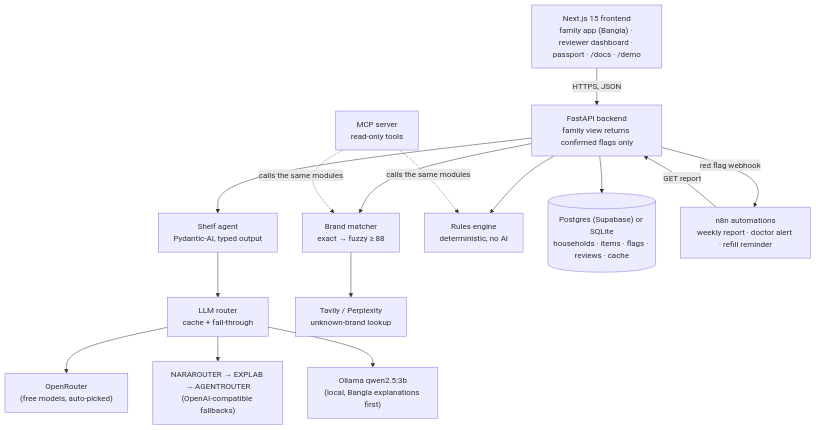
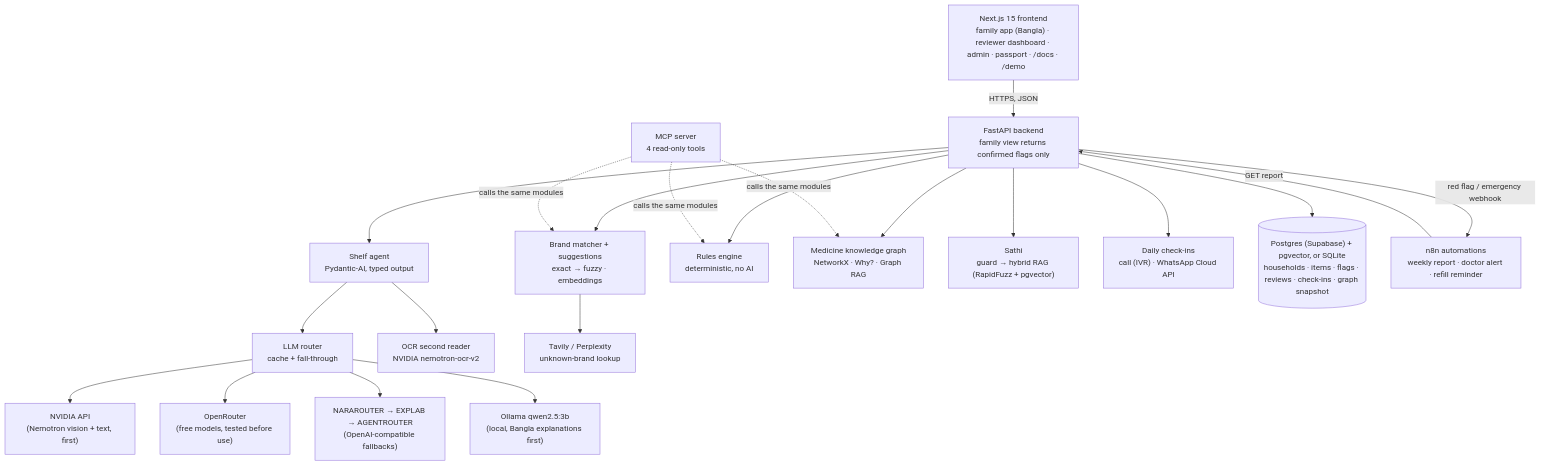
One commit to ProttoyDip/OushodhSathi- changed the second of 2 diagrams in README.md. Above: the diagram before and after it, drawn with Mermaid. The commit also changed other lines of this file and 7 other files, not shown here.

First line of the commit message:
Documentation: every feature in the README, plus feature, API, configuration and check-in guides

````diff
--- a/README.md
+++ b/README.md
@@ -103,26 +124,35 @@
 ```mermaid
 flowchart TB
-    UI["Next.js 15 frontend<br/>family app (Bangla) · reviewer dashboard · passport · /docs · /demo"]
+    UI["Next.js 15 frontend<br/>family app (Bangla) · reviewer dashboard · admin · passport · /docs · /demo"]
     API["FastAPI backend<br/>family view returns confirmed flags only"]
     AG["Shelf agent<br/>Pydantic-AI, typed output"]
     R["LLM router<br/>cache + fall-through"]
-    P1["OpenRouter<br/>(free models, auto-picked)"]
+    P0["NVIDIA API<br/>(Nemotron vision + text, first)"]
+    P1["OpenRouter<br/>(free models, tested before use)"]
     P2["NARAROUTER → EXPLAB → AGENTROUTER<br/>(OpenAI-compatible fallbacks)"]
     P3["Ollama qwen2.5:3b<br/>(local, Bangla explanations first)"]
-    BM["Brand matcher<br/>exact → fuzzy ≥ 88"]
+    OCR["OCR second reader<br/>NVIDIA nemotron-ocr-v2"]
+    BM["Brand matcher + suggestions<br/>exact → fuzzy · embeddings"]
     WL["Tavily / Perplexity<br/>unknown-brand lookup"]
     RE["Rules engine<br/>deterministic, no AI"]
-    DB[("Postgres (Supabase) or SQLite<br/>households · items · flags · reviews · cache")]
+    KG["Medicine knowledge graph<br/>NetworkX · Why? · Graph RAG"]
+    SA["Sathi<br/>guard → hybrid RAG (RapidFuzz + pgvector)"]
+    CI["Daily check-ins<br/>call (IVR) · WhatsApp Cloud API"]
+    DB[("Postgres (Supabase) + pgvector, or SQLite<br/>households · items · flags · reviews · check-ins · graph snapshot")]
     N8N["n8n automations<br/>weekly report · doctor alert · refill reminder"]
-    MCP["MCP server<br/>read-only tools"]
+    MCP["MCP server<br/>4 read-only tools"]
 
     UI -->|HTTPS, JSON| API
     API --> AG --> R
-    R --> P1 & P2 & P3
+    R --> P0 & P1 & P2 & P3
+    AG --> OCR
     API --> BM --> WL
     API --> RE
+    API --> KG
+    API --> SA
+    API --> CI
     API --> DB
-    API -->|red flag webhook| N8N
+    API -->|red flag / emergency webhook| N8N
     N8N -->|GET report| API
-    MCP -.->|calls the same modules| BM & RE
+    MCP -.->|calls the same modules| BM & RE & KG
 ```
````
